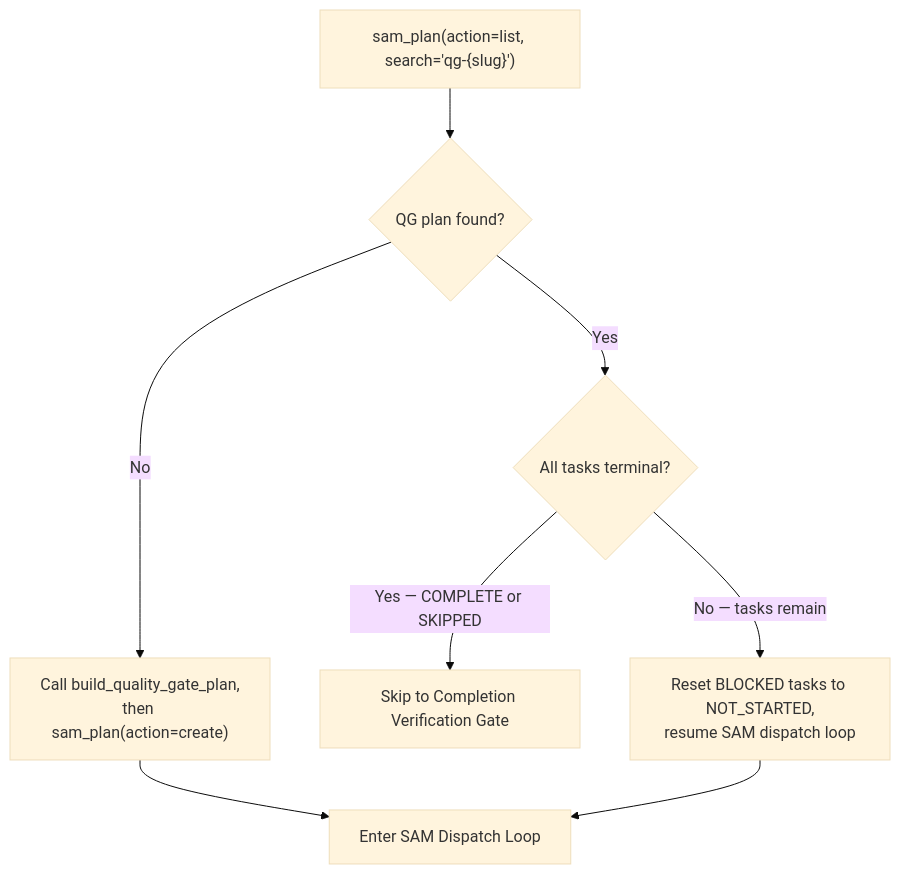
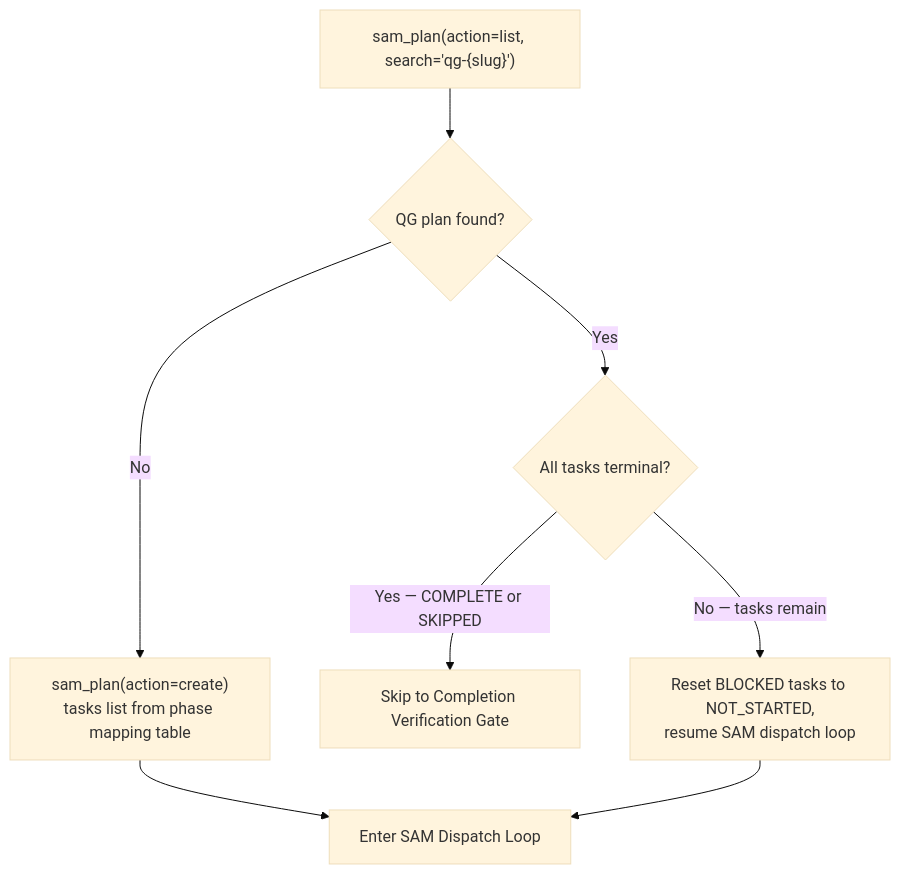
The sixth of 8 diagrams in plugins/development-harness/skills/complete-implementation/SKILL.md (chgreer1070/claude_skills), drawn with Mermaid (base theme) before and after one commit. The commit also changed other lines of this file and 3 other files, not shown here.

First line of the commit message:
fix(complete-implementation): remove build_quality_gate_plan indirection

````diff
--- a/plugins/development-harness/skills/complete-implementation/SKILL.md
+++ b/plugins/development-harness/skills/complete-implementation/SKILL.md
@@ -366,10 +363,10 @@
 ```mermaid
 flowchart TD
     List["sam_plan(action=list, search='qg-{slug}')"] --> Found{QG plan found?}
-    Found -->|No| Create["Call build_quality_gate_plan,<br>then sam_plan(action=create)"]
+    Found -->|No| Create["sam_plan(action=create)<br>tasks list from phase mapping table"]
     Found -->|Yes| Check{All tasks terminal?}
     Check -->|"Yes — COMPLETE or SKIPPED"| Skip["Skip to Completion Verification Gate"]
     Check -->|"No — tasks remain"| Reset["Reset BLOCKED tasks to NOT_STARTED,<br>resume SAM dispatch loop"]
     Create --> Loop["Enter SAM Dispatch Loop"]
     Reset --> Loop
 ```
````
